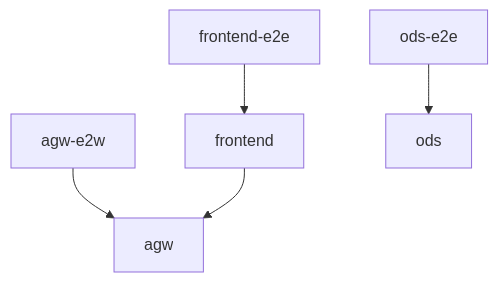
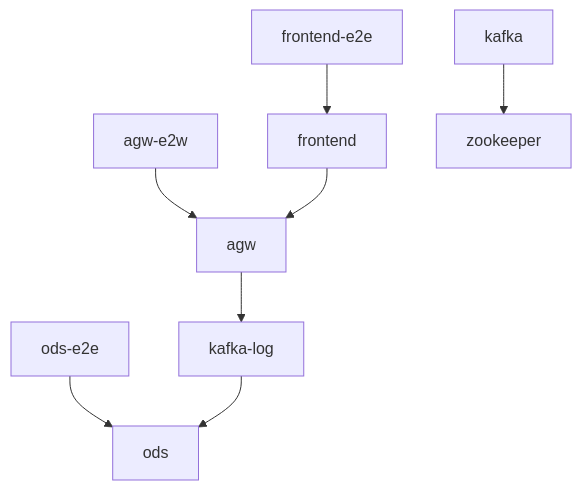
Before and after one commit to IT-Lab-KubSU/platform: the diagram in README.md, drawn with Mermaid. The commit also changed other lines of this file, not shown here.

Commit message:
docs: update README.md
changes:
- added kafka and zookeeper in the graph
- added docker compose run command in setup section

````diff
--- a/README.md
+++ b/README.md
@@ -46,7 +47,10 @@
 ```mermaid
 graph TD;
     agw-e2w-->agw;
     frontend-e2e-->frontend;
     frontend-->agw;
     ods-e2e-->ods
+    agw-->kafka-log
+    kafka-log-->ods
+    kafka-->zookeeper
 ```
````
